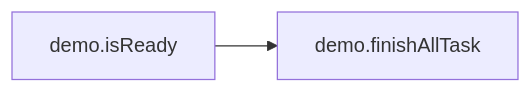
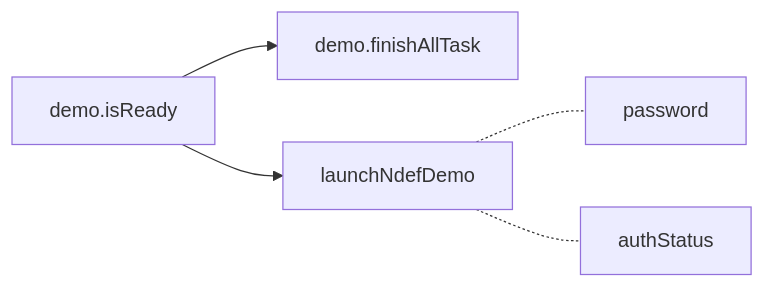
One commit to gordianknotC/nxp_note changed the second of 2 diagrams in nxp/NdefFragment.md. Above: the diagram before and after it, drawn with Mermaid. The commit also changed other lines of this file, not shown here.

Commit message:
nxp/NdefFragment.md updated from https://stackedit.io/

````diff
--- a/nxp/NdefFragment.md
+++ b/nxp/NdefFragment.md
@@ -8,5 +8,8 @@
 ```mermaid
 graph LR
 demo.isReady --> demo.finishAllTask
+demo.isReady --> launchNdefDemo
+launchNdefDemo -.- password
+launchNdefDemo -.- authStatus
 
 ```
````
